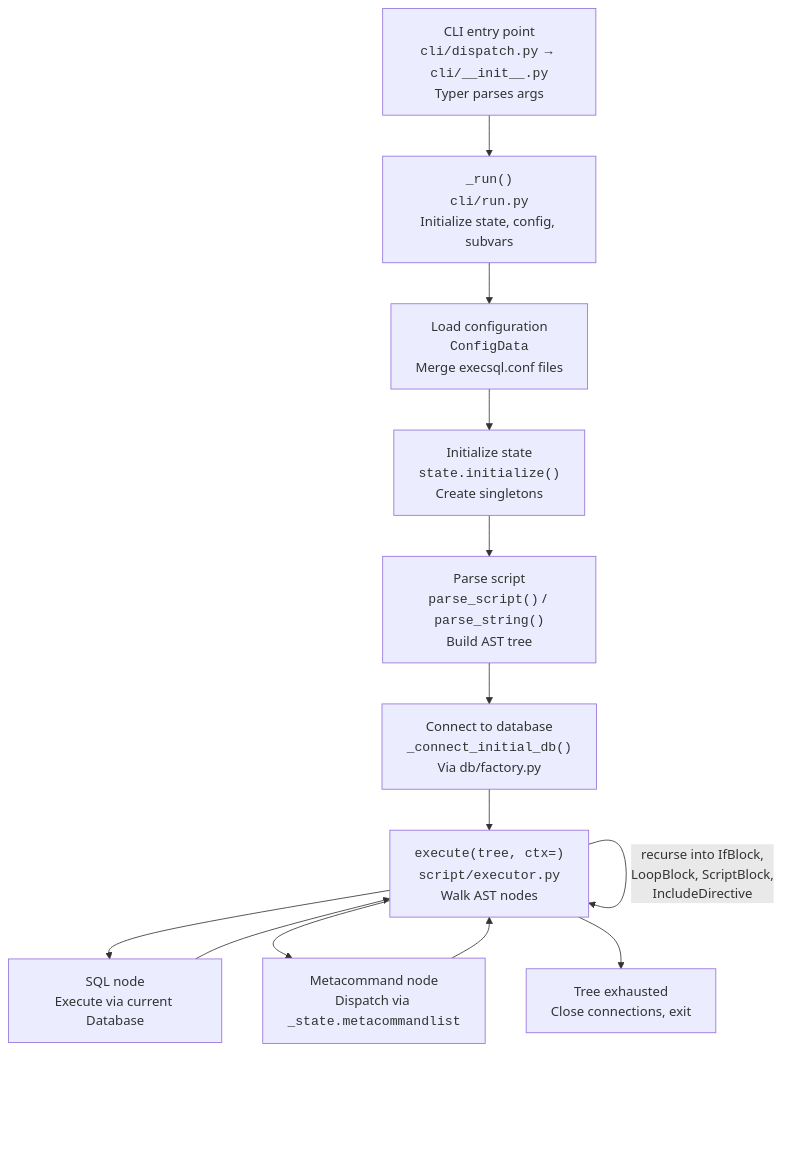
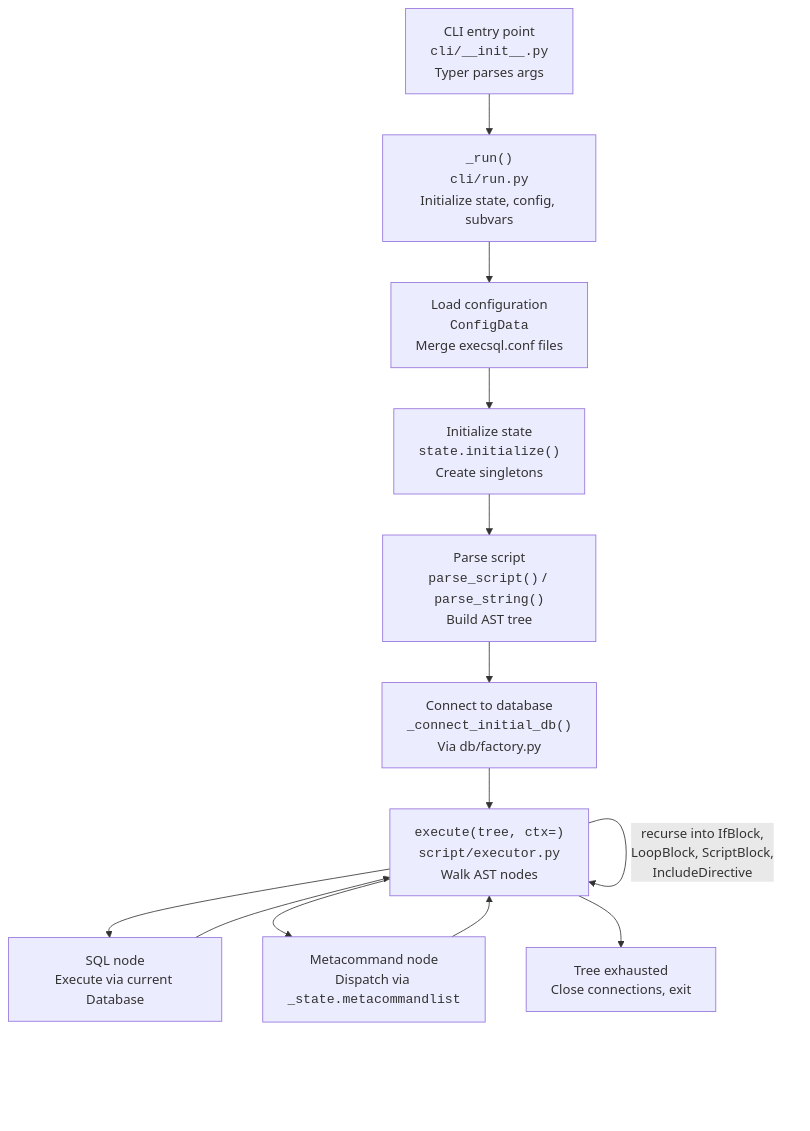
Before and after one commit to geocoug/execsql: the first of 2 diagrams in docs/dev/architecture.md, drawn with Mermaid. The commit also changed other lines of this file and 45 other files, not shown here.

````diff
--- a/docs/dev/architecture.md
+++ b/docs/dev/architecture.md
@@ -11,26 +11,26 @@
 ```mermaid
 flowchart TD
-    CLI["CLI entry point<br/><code>cli/dispatch.py</code> → <code>cli/__init__.py</code><br/>Typer parses args"]
+    CLI["CLI entry point<br/><code>cli/__init__.py</code><br/>Typer parses args"]
     RUN["<code>_run()</code><br/><code>cli/run.py</code><br/>Initialize state, config, subvars"]
     CONF["Load configuration<br/><code>ConfigData</code><br/>Merge execsql.conf files"]
     INIT["Initialize state<br/><code>state.initialize()</code><br/>Create singletons"]
     PARSE["Parse script<br/><code>parse_script()</code> / <code>parse_string()</code><br/>Build AST tree"]
     CONNECT["Connect to database<br/><code>_connect_initial_db()</code><br/>Via db/factory.py"]
     EXEC["<code>execute(tree, ctx=)</code><br/><code>script/executor.py</code><br/>Walk AST nodes"]
     SQL["SQL node<br/>Execute via current Database"]
     META["Metacommand node<br/>Dispatch via <code>_state.metacommandlist</code>"]
     DONE["Tree exhausted<br/>Close connections, exit"]
 
     CLI --> RUN
     RUN --> CONF
     CONF --> INIT
     INIT --> PARSE
     PARSE --> CONNECT
     CONNECT --> EXEC
     EXEC --> SQL
     EXEC --> META
     EXEC -->|"recurse into IfBlock,<br/>LoopBlock, ScriptBlock,<br/>IncludeDirective"| EXEC
     SQL --> EXEC
     META --> EXEC
     EXEC --> DONE
 ```
````
